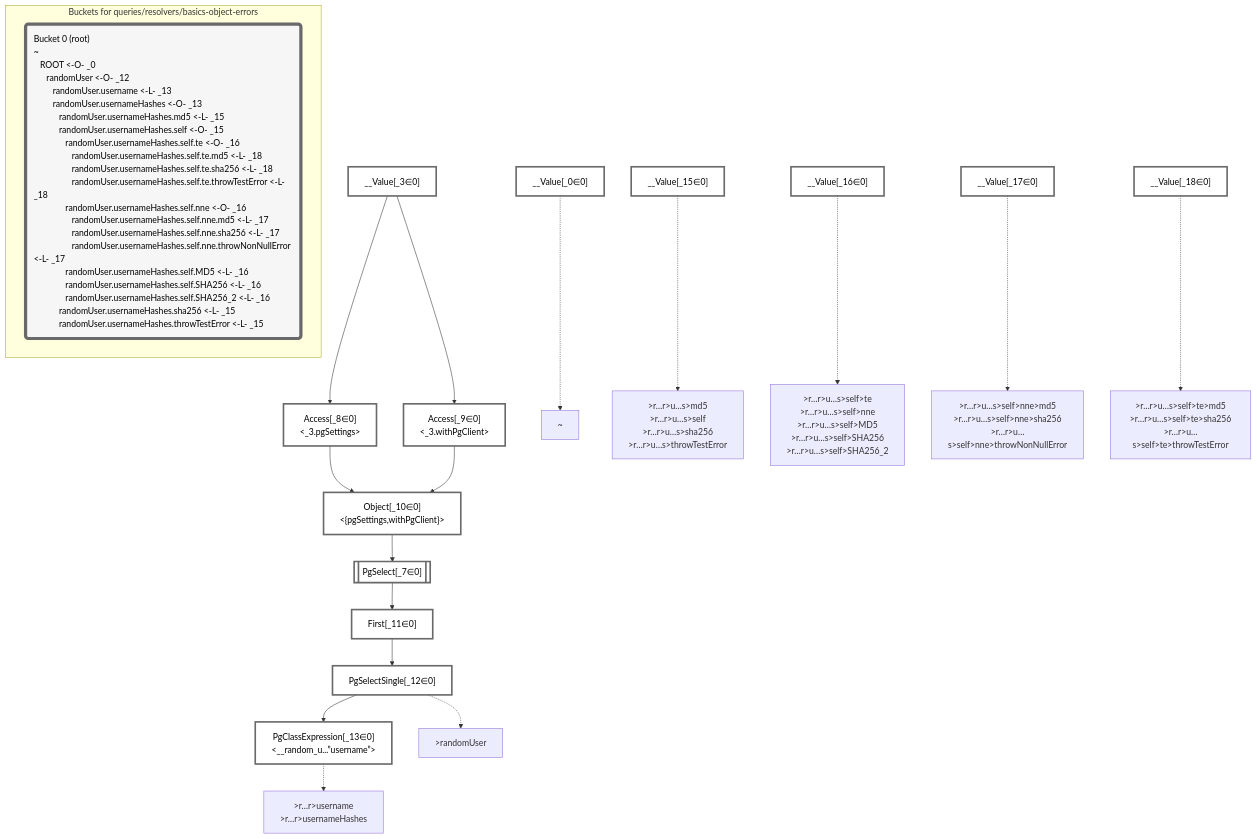
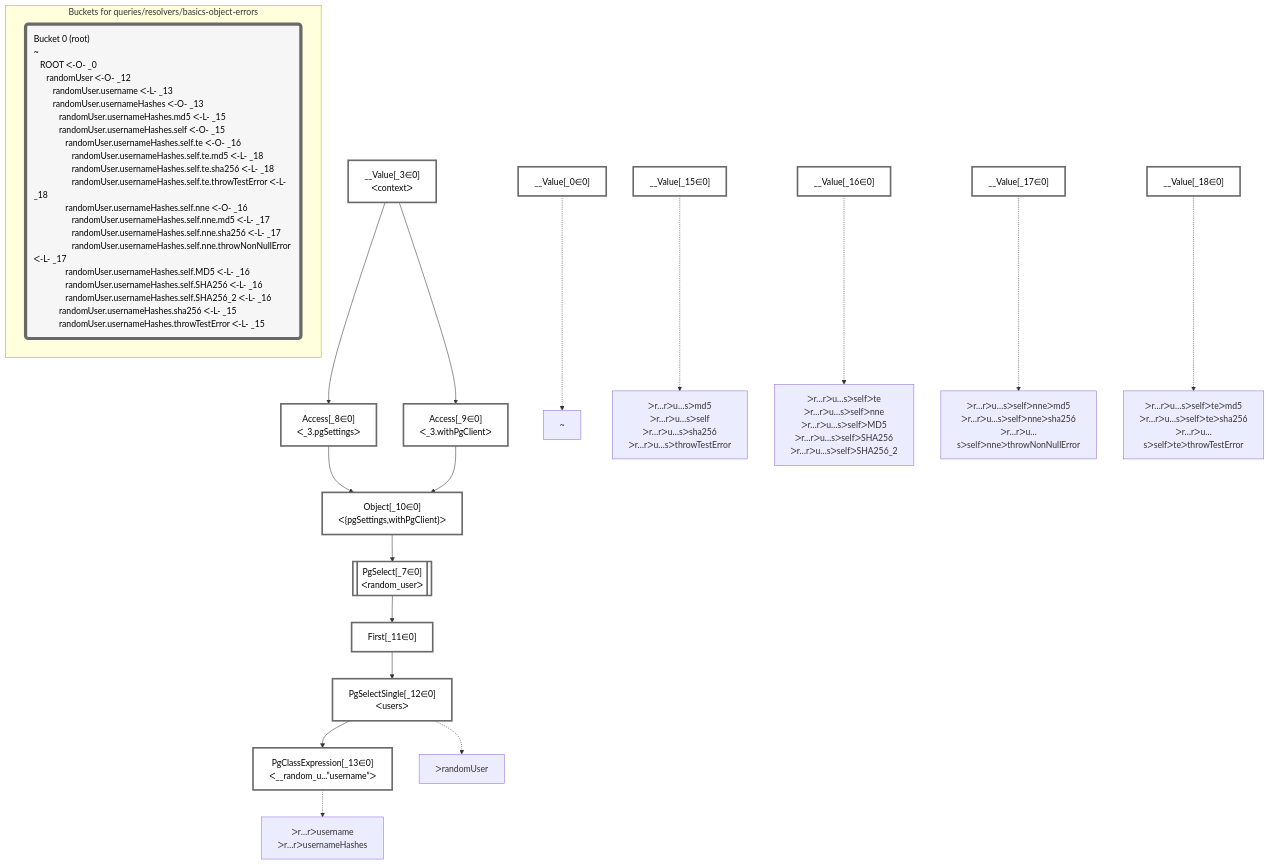
Before and after one commit to graphile/crystal: the diagram in packages/dataplan-pg/__tests__/queries/resolvers/basics-object-errors.deopt.mermaid.md, drawn with Mermaid. The commit also changed 195 other files, not shown here.

````diff
--- a/packages/dataplan-pg/__tests__/queries/resolvers/basics-object-errors.deopt.mermaid.md
+++ b/packages/dataplan-pg/__tests__/queries/resolvers/basics-object-errors.deopt.mermaid.md
@@ -1,59 +1,59 @@
 ```mermaid
 graph TD
     classDef path fill:#eee,stroke:#000,color:#000
     classDef plan fill:#fff,stroke-width:3px,color:#000
     classDef itemplan fill:#fff,stroke-width:6px,color:#000
     classDef sideeffectplan fill:#f00,stroke-width:6px,color:#000
     classDef bucket fill:#f6f6f6,color:#000,stroke-width:6px,text-align:left
 
 
     %% define plans
     __Value_0["__Value[_0∈0]"]:::plan
-    __Value_3["__Value[_3∈0]<br /><context>"]:::plan
-    PgSelect_7[["PgSelect[_7∈0]<br /><random_user>"]]:::plan
-    Access_8["Access[_8∈0]<br /><_3.pgSettings>"]:::plan
-    Access_9["Access[_9∈0]<br /><_3.withPgClient>"]:::plan
-    Object_10["Object[_10∈0]<br /><{pgSettings,withPgClient}>"]:::plan
+    __Value_3["__Value[_3∈0]<br />ᐸcontextᐳ"]:::plan
+    PgSelect_7[["PgSelect[_7∈0]<br />ᐸrandom_userᐳ"]]:::plan
+    Access_8["Access[_8∈0]<br />ᐸ_3.pgSettingsᐳ"]:::plan
+    Access_9["Access[_9∈0]<br />ᐸ_3.withPgClientᐳ"]:::plan
+    Object_10["Object[_10∈0]<br />ᐸ{pgSettings,withPgClient}ᐳ"]:::plan
     First_11["First[_11∈0]"]:::plan
-    PgSelectSingle_12["PgSelectSingle[_12∈0]<br /><users>"]:::plan
-    PgClassExpression_13["PgClassExpression[_13∈0]<br /><__random_u...”username”>"]:::plan
+    PgSelectSingle_12["PgSelectSingle[_12∈0]<br />ᐸusersᐳ"]:::plan
+    PgClassExpression_13["PgClassExpression[_13∈0]<br />ᐸ__random_u...”username”ᐳ"]:::plan
     __Value_15["__Value[_15∈0]"]:::plan
     __Value_16["__Value[_16∈0]"]:::plan
     __Value_17["__Value[_17∈0]"]:::plan
     __Value_18["__Value[_18∈0]"]:::plan
 
     %% plan dependencies
     Object_10 --> PgSelect_7
     __Value_3 --> Access_8
     __Value_3 --> Access_9
     Access_8 --> Object_10
     Access_9 --> Object_10
     PgSelect_7 --> First_11
     First_11 --> PgSelectSingle_12
     PgSelectSingle_12 --> PgClassExpression_13
 
     %% plan-to-path relationships
     P_0["~"]
     __Value_0 -.-> P_0
-    P_12[">randomUser"]
+    P_12["ᐳrandomUser"]
     PgSelectSingle_12 -.-> P_12
-    P_13[">r…r>username<br />>r…r>usernameHashes"]
+    P_13["ᐳr…rᐳusername<br />ᐳr…rᐳusernameHashes"]
     PgClassExpression_13 -.-> P_13
-    P_15[">r…r>u…s>md5<br />>r…r>u…s>self<br />>r…r>u…s>sha256<br />>r…r>u…s>throwTestError"]
+    P_15["ᐳr…rᐳu…sᐳmd5<br />ᐳr…rᐳu…sᐳself<br />ᐳr…rᐳu…sᐳsha256<br />ᐳr…rᐳu…sᐳthrowTestError"]
     __Value_15 -.-> P_15
-    P_16[">r…r>u…s>self>te<br />>r…r>u…s>self>nne<br />>r…r>u…s>self>MD5<br />>r…r>u…s>self>SHA256<br />>r…r>u…s>self>SHA256_2"]
+    P_16["ᐳr…rᐳu…sᐳselfᐳte<br />ᐳr…rᐳu…sᐳselfᐳnne<br />ᐳr…rᐳu…sᐳselfᐳMD5<br />ᐳr…rᐳu…sᐳselfᐳSHA256<br />ᐳr…rᐳu…sᐳselfᐳSHA256_2"]
     __Value_16 -.-> P_16
-    P_17[">r…r>u…s>self>nne>md5<br />>r…r>u…s>self>nne>sha256<br />>r…r>u…s>self>nne>throwNonNullError"]
+    P_17["ᐳr…rᐳu…sᐳselfᐳnneᐳmd5<br />ᐳr…rᐳu…sᐳselfᐳnneᐳsha256<br />ᐳr…rᐳu…sᐳselfᐳnneᐳthrowNonNullError"]
     __Value_17 -.-> P_17
-    P_18[">r…r>u…s>self>te>md5<br />>r…r>u…s>self>te>sha256<br />>r…r>u…s>self>te>throwTestError"]
+    P_18["ᐳr…rᐳu…sᐳselfᐳteᐳmd5<br />ᐳr…rᐳu…sᐳselfᐳteᐳsha256<br />ᐳr…rᐳu…sᐳselfᐳteᐳthrowTestError"]
     __Value_18 -.-> P_18
 
     %% allocate buckets
     classDef bucket0 stroke:#696969
     class __Value_0,__Value_3,PgSelect_7,Access_8,Access_9,Object_10,First_11,PgSelectSingle_12,PgClassExpression_13,__Value_15,__Value_16,__Value_17,__Value_18 bucket0
 
     subgraph "Buckets for queries/resolvers/basics-object-errors"
-    Bucket0("Bucket 0 (root)<br />~<br />⠀ROOT <-O- _0<br />⠀⠀randomUser <-O- _12<br />⠀⠀⠀randomUser.username <-L- _13<br />⠀⠀⠀randomUser.usernameHashes <-O- _13<br />⠀⠀⠀⠀randomUser.usernameHashes.md5 <-L- _15<br />⠀⠀⠀⠀randomUser.usernameHashes.self <-O- _15<br />⠀⠀⠀⠀⠀randomUser.usernameHashes.self.te <-O- _16<br />⠀⠀⠀⠀⠀⠀randomUser.usernameHashes.self.te.md5 <-L- _18<br />⠀⠀⠀⠀⠀⠀randomUser.usernameHashes.self.te.sha256 <-L- _18<br />⠀⠀⠀⠀⠀⠀randomUser.usernameHashes.self.te.throwTestError <-L- _18<br />⠀⠀⠀⠀⠀randomUser.usernameHashes.self.nne <-O- _16<br />⠀⠀⠀⠀⠀⠀randomUser.usernameHashes.self.nne.md5 <-L- _17<br />⠀⠀⠀⠀⠀⠀randomUser.usernameHashes.self.nne.sha256 <-L- _17<br />⠀⠀⠀⠀⠀⠀randomUser.usernameHashes.self.nne.throwNonNullError <-L- _17<br />⠀⠀⠀⠀⠀randomUser.usernameHashes.self.MD5 <-L- _16<br />⠀⠀⠀⠀⠀randomUser.usernameHashes.self.SHA256 <-L- _16<br />⠀⠀⠀⠀⠀randomUser.usernameHashes.self.SHA256_2 <-L- _16<br />⠀⠀⠀⠀randomUser.usernameHashes.sha256 <-L- _15<br />⠀⠀⠀⠀randomUser.usernameHashes.throwTestError <-L- _15"):::bucket
+    Bucket0("Bucket 0 (root)<br />~<br />⠀ROOT ᐸ-O- _0<br />⠀⠀randomUser ᐸ-O- _12<br />⠀⠀⠀randomUser.username ᐸ-L- _13<br />⠀⠀⠀randomUser.usernameHashes ᐸ-O- _13<br />⠀⠀⠀⠀randomUser.usernameHashes.md5 ᐸ-L- _15<br />⠀⠀⠀⠀randomUser.usernameHashes.self ᐸ-O- _15<br />⠀⠀⠀⠀⠀randomUser.usernameHashes.self.te ᐸ-O- _16<br />⠀⠀⠀⠀⠀⠀randomUser.usernameHashes.self.te.md5 ᐸ-L- _18<br />⠀⠀⠀⠀⠀⠀randomUser.usernameHashes.self.te.sha256 ᐸ-L- _18<br />⠀⠀⠀⠀⠀⠀randomUser.usernameHashes.self.te.throwTestError ᐸ-L- _18<br />⠀⠀⠀⠀⠀randomUser.usernameHashes.self.nne ᐸ-O- _16<br />⠀⠀⠀⠀⠀⠀randomUser.usernameHashes.self.nne.md5 ᐸ-L- _17<br />⠀⠀⠀⠀⠀⠀randomUser.usernameHashes.self.nne.sha256 ᐸ-L- _17<br />⠀⠀⠀⠀⠀⠀randomUser.usernameHashes.self.nne.throwNonNullError ᐸ-L- _17<br />⠀⠀⠀⠀⠀randomUser.usernameHashes.self.MD5 ᐸ-L- _16<br />⠀⠀⠀⠀⠀randomUser.usernameHashes.self.SHA256 ᐸ-L- _16<br />⠀⠀⠀⠀⠀randomUser.usernameHashes.self.SHA256_2 ᐸ-L- _16<br />⠀⠀⠀⠀randomUser.usernameHashes.sha256 ᐸ-L- _15<br />⠀⠀⠀⠀randomUser.usernameHashes.throwTestError ᐸ-L- _15"):::bucket
     style Bucket0 stroke:#696969
     end
 ```
````
